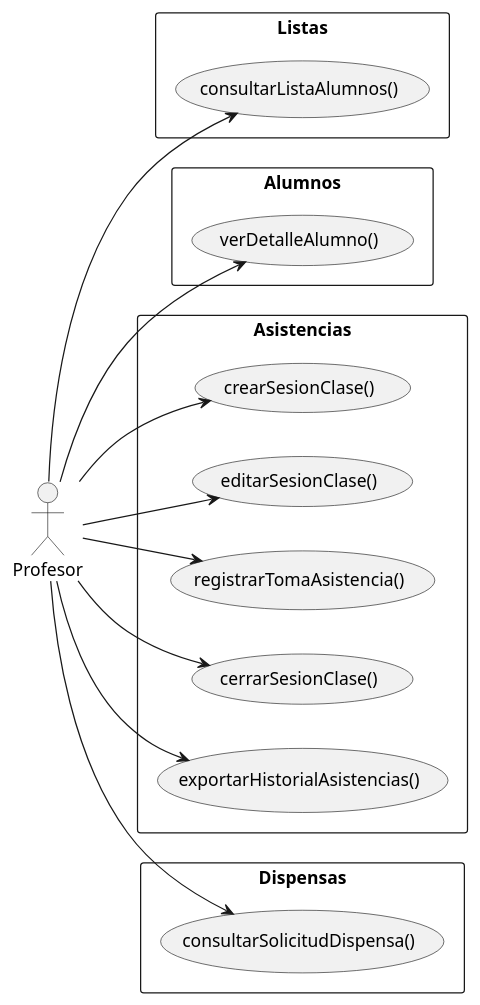
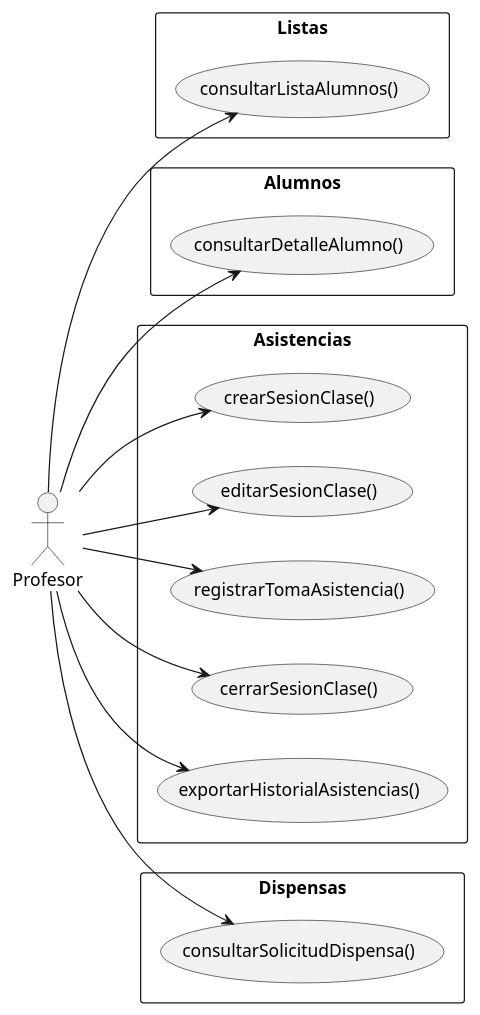
One commit to enmabry/25-26-IdSw1-SdR changed the diagram in documents/CasosDeUso/CasoDeUso/Profesor/Profesor.puml. Above: the diagram before and after it, drawn with PlantUML. The commit also changed 3 other files, not shown here.

```diff
--- a/documents/CasosDeUso/CasoDeUso/Profesor/Profesor.puml
+++ b/documents/CasosDeUso/CasoDeUso/Profesor/Profesor.puml
@@ -1,40 +1,40 @@
-@startuml DiagramaDeCasosDeUsoProfesor
+@startuml
 left to right direction
 skinparam packageStyle rectangle
 
 actor Profesor
 
     package "Listas" {
         usecase "consultarListaAlumnos()" as ListasConsultarLista
     }
 
     package "Alumnos" {
-        usecase "verDetalleAlumno()"  as AlumnosVerDetalle
+        usecase "consultarDetalleAlumno()"  as AlumnosConsultarDetalle
     }
 
     package "Asistencias" {
         usecase "crearSesionClase()"          as AsistenciasCrearSesion
         usecase "editarSesionClase()"         as AsistenciasEditarSesion
         usecase "registrarTomaAsistencia()"   as AsistenciasRegistrarToma
         usecase "cerrarSesionClase()"         as AsistenciasCerrarSesion
         usecase "exportarHistorialAsistencias()" as AsistenciasExportarHistorial
     }
 
     package "Dispensas" {
         usecase "consultarSolicitudDispensa()" as DispensasConsultar
     }
 
     Profesor --> ListasConsultarLista
 
-    Profesor --> AlumnosVerDetalle
+    Profesor --> AlumnosConsultarDetalle
 
     Profesor --> AsistenciasCrearSesion
     Profesor --> AsistenciasEditarSesion
     Profesor --> AsistenciasRegistrarToma
     Profesor --> AsistenciasCerrarSesion
     Profesor --> AsistenciasExportarHistorial
 
     Profesor --> DispensasConsultar
 
 
 @enduml
```
